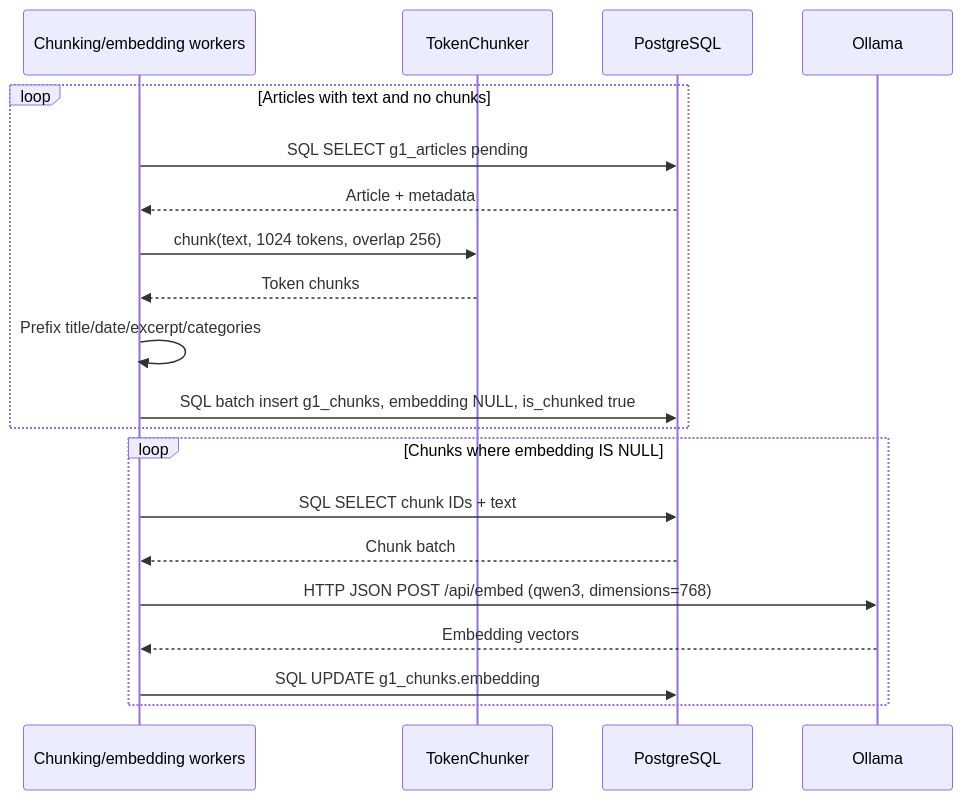
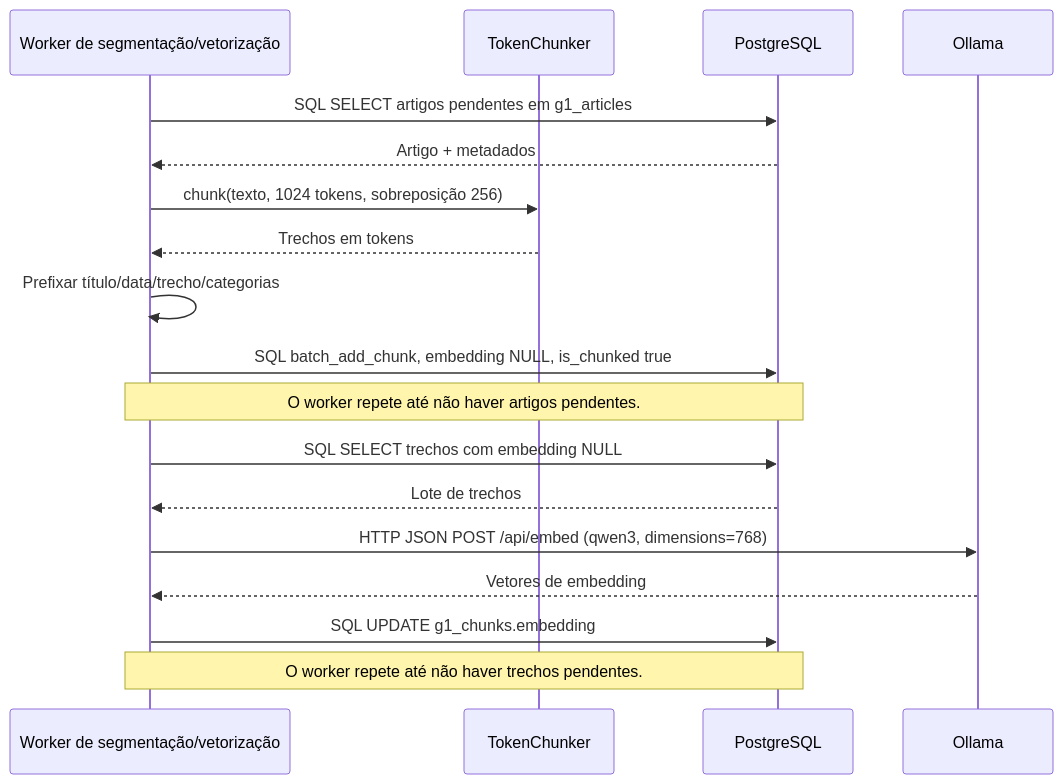
Before and after one commit to rafaelsalb/tcc: the second of 5 diagrams in docs/fluxos_modulos_tecnicos_sem_redis_cli.md, drawn with Mermaid. The commit also changed other lines of this file and 25 other files, not shown here.

````diff
--- a/docs/fluxos_modulos_tecnicos_sem_redis_cli.md
+++ b/docs/fluxos_modulos_tecnicos_sem_redis_cli.md
@@ -42,23 +44,21 @@
 ```mermaid
 sequenceDiagram
-    participant App as Chunking/embedding workers
+    participant App as Worker de segmentação/vetorização
     participant TC as TokenChunker
     participant DB as PostgreSQL
     participant Ollama
 
-    loop Articles with text and no chunks
-        App->>DB: SQL SELECT g1_articles pending
-        DB-->>App: Article + metadata
-        App->>TC: chunk(text, 1024 tokens, overlap 256)
-        TC-->>App: Token chunks
-        App->>App: Prefix title/date/excerpt/categories
-        App->>DB: SQL batch insert g1_chunks, embedding NULL, is_chunked true
-    end
-    loop Chunks where embedding IS NULL
-        App->>DB: SQL SELECT chunk IDs + text
-        DB-->>App: Chunk batch
-        App->>Ollama: HTTP JSON POST /api/embed (qwen3, dimensions=768)
-        Ollama-->>App: Embedding vectors
-        App->>DB: SQL UPDATE g1_chunks.embedding
-    end
+    App->>DB: SQL SELECT artigos pendentes em g1_articles
+    DB-->>App: Artigo + metadados
+    App->>TC: chunk(texto, 1024 tokens, sobreposição 256)
+    TC-->>App: Trechos em tokens
+    App->>App: Prefixar título/data/trecho/categorias
+    App->>DB: SQL batch_add_chunk, embedding NULL, is_chunked true
+    Note over App,DB: O worker repete até não haver artigos pendentes.
+    App->>DB: SQL SELECT trechos com embedding NULL
+    DB-->>App: Lote de trechos
+    App->>Ollama: HTTP JSON POST /api/embed (qwen3, dimensions=768)
+    Ollama-->>App: Vetores de embedding
+    App->>DB: SQL UPDATE g1_chunks.embedding
+    Note over App,DB: O worker repete até não haver trechos pendentes.
 ```
````
